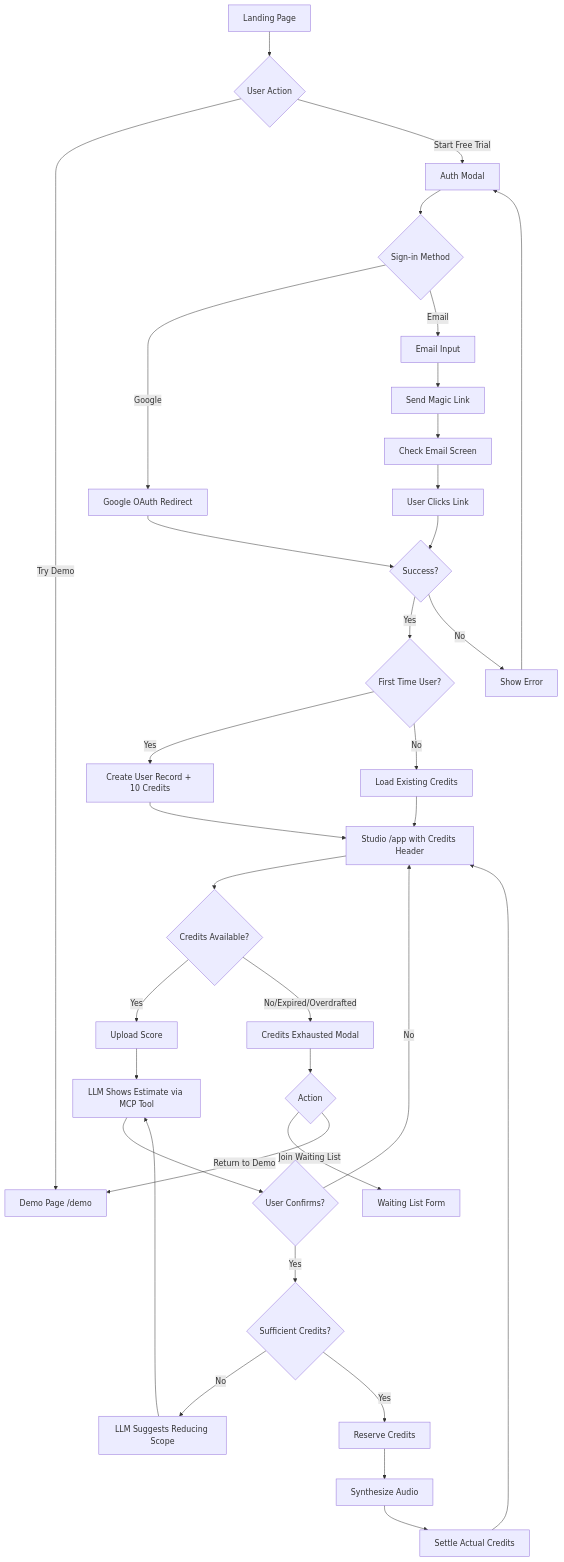
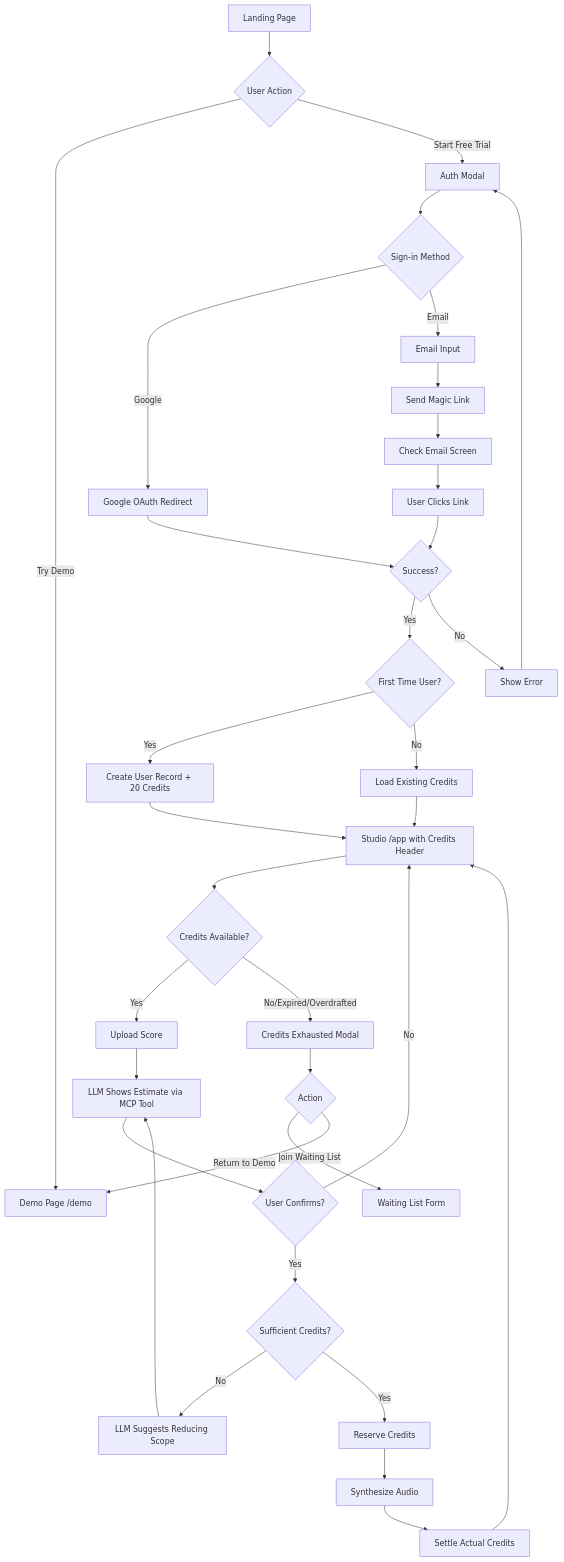
Before and after one commit to littlealan-dev/ai-singer-diffsinger: the diagram in docs/specs/free_trial_implementation_plan.md, drawn with Mermaid. The commit also changed other lines of this file and 7 other files, not shown here.

````diff
--- a/docs/specs/free_trial_implementation_plan.md
+++ b/docs/specs/free_trial_implementation_plan.md
@@ -39,45 +39,45 @@
 ```mermaid
 flowchart TD
     A[Landing Page] --> B{User Action}
     B -->|Try Demo| C[Demo Page /demo]
     B -->|Start Free Trial| D[Auth Modal]
     
     D --> E{Sign-in Method}
     E -->|Google| F[Google OAuth Redirect]
     E -->|Email| G[Email Input]
     
     F --> H{Success?}
     G --> I[Send Magic Link]
     I --> J[Check Email Screen]
     J --> K[User Clicks Link]
     K --> H
     
     H -->|Yes| L{First Time User?}
     H -->|No| M[Show Error]
     M --> D
     
-    L -->|Yes| N[Create User Record + 10 Credits]
+    L -->|Yes| N[Create User Record + 20 Credits]
     L -->|No| O[Load Existing Credits]
     
     N --> P[Studio /app with Credits Header]
     O --> P
     
     P --> Q{Credits Available?}
     Q -->|Yes| R[Upload Score]
     Q -->|No/Expired/Overdrafted| S[Credits Exhausted Modal]
     
     R --> T[LLM Shows Estimate via MCP Tool]
     T --> U{User Confirms?}
     U -->|No| P
     U -->|Yes| V{Sufficient Credits?}
     V -->|No| W[LLM Suggests Reducing Scope]
     W --> T
     V -->|Yes| X[Reserve Credits]
     X --> Y[Synthesize Audio]
     Y --> Z[Settle Actual Credits]
     Z --> P
     
     S --> AA{Action}
     AA -->|Join Waiting List| AB[Waiting List Form]
     AA -->|Return to Demo| C
 ```
````
